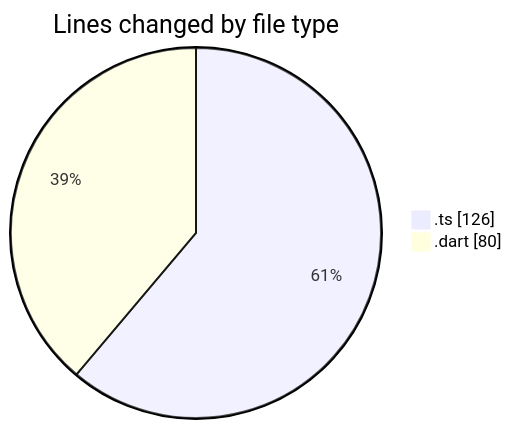
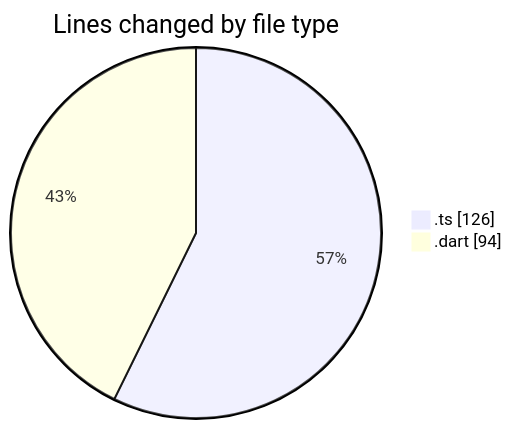
The first of 2 diagrams in 2025-02-09/maps_clone/README.md (donsfak/code-tracking), drawn with Mermaid before and after one commit. The commit also changed other lines of this file and 1 other file, not shown here.

````diff
--- a/2025-02-09/maps_clone/README.md
+++ b/2025-02-09/maps_clone/README.md
@@ -21,6 +21,6 @@
 ```mermaid
 pie showData
 title Lines changed by file type
 ".ts" : 126
-".dart" : 80
+".dart" : 94
 ```
````
